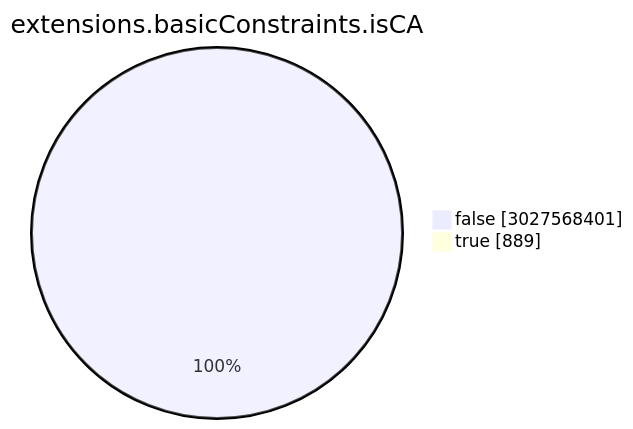
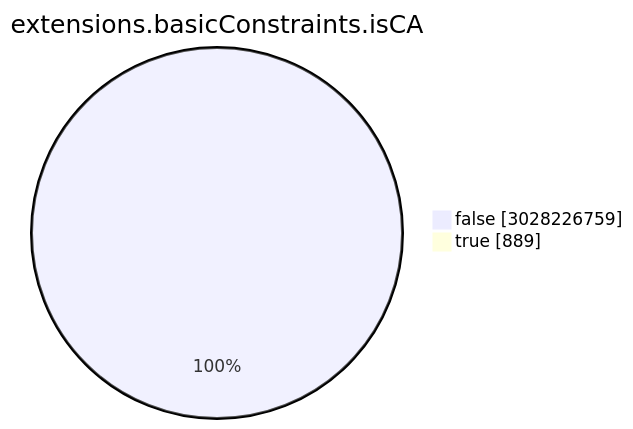
The seventh of 15 diagrams in TOTAL/README.md (christiankrug/ctmonitor_visualization), drawn with Mermaid before and after one commit. The commit also changed other lines of this file, not shown here.

````diff
--- a/TOTAL/README.md
+++ b/TOTAL/README.md
@@ -3087,6 +3087,6 @@
 ```mermaid
 pie showData
 title extensions.basicConstraints.isCA
-"false" :3027568401
+"false" :3028226759
 "true" :889
 ```
````
